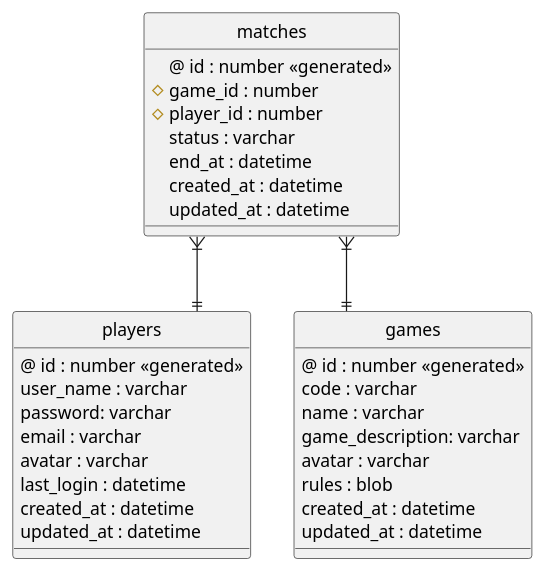
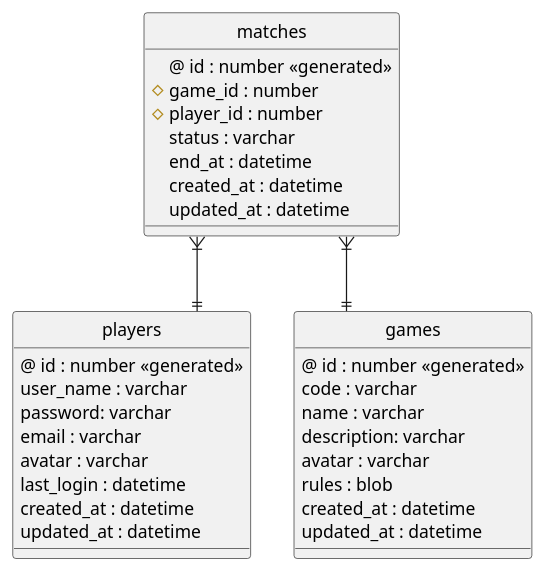
Before and after one commit to LeoLuiten/presentation: the diagram in docs/diagrams/model/der.puml, drawn with PlantUML. The commit also changed 11 other files, not shown here.

```diff
--- a/docs/diagrams/model/der.puml
+++ b/docs/diagrams/model/der.puml
@@ -1,44 +1,44 @@
 @startuml
 
 ' hide the spot
 hide circle
 
 ' avoid problems with angled crows feet
 skinparam linetype ortho
 
 entity "players" {
     @ id : number <<generated>>
     user_name : varchar
     password: varchar
     email : varchar
     avatar : varchar
     last_login : datetime
     created_at : datetime
     updated_at : datetime
 }
 
 entity "games" {
     @ id : number <<generated>>
     code : varchar
     name : varchar
-    game_description: varchar
+    description: varchar
     avatar : varchar
     rules : blob
     created_at : datetime
     updated_at : datetime
 }
 
 entity "matches" {
     @ id : number <<generated>>
     # game_id : number
     # player_id : number
     status : varchar
     end_at : datetime
     created_at : datetime
     updated_at : datetime
 }
 
 matches }|--|| players
 matches }|--|| games
 
 @enduml
```
